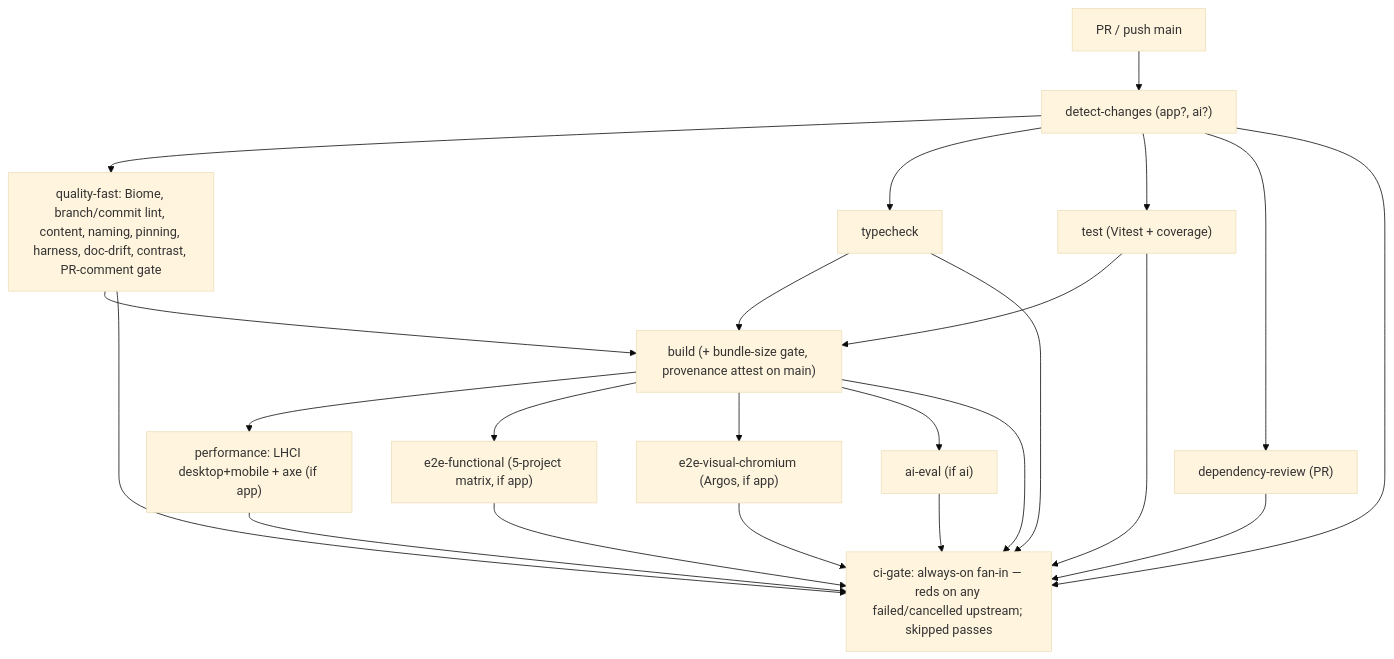
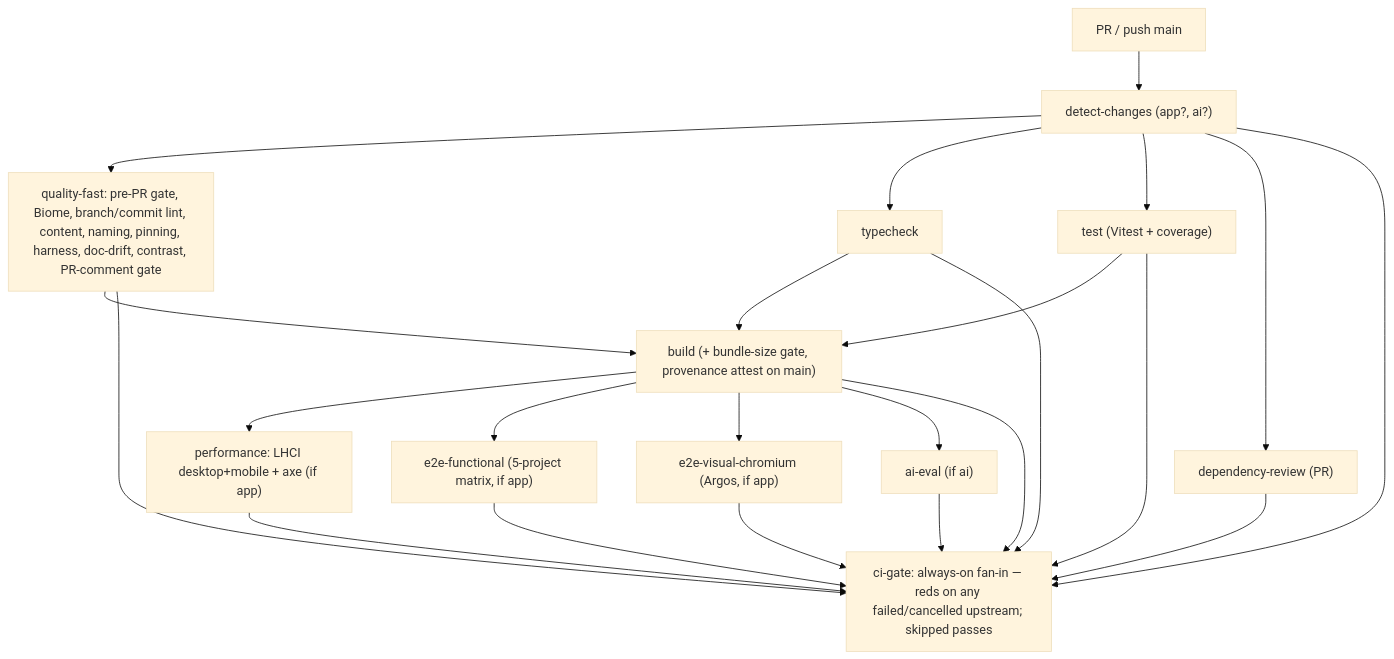
Before and after one commit to erikunha/portfolio: the second of 2 diagrams in docs/07-workflows.md, drawn with Mermaid (base theme). The commit also changed other lines of this file and 10 other files, not shown here.

First line of the commit message:
ci(pre-pr): add the pre-pr quality gate

````diff
--- a/docs/07-workflows.md
+++ b/docs/07-workflows.md
@@ -73,26 +74,26 @@
 ```mermaid
 flowchart TD
     pr["PR / push main"] --> dc["detect-changes (app?, ai?)"]
-    dc --> qf["quality-fast: Biome, branch/commit lint, content, naming, pinning, harness, doc-drift, contrast, PR-comment gate"]
+    dc --> qf["quality-fast: pre-PR gate, Biome, branch/commit lint, content, naming, pinning, harness, doc-drift, contrast, PR-comment gate"]
     dc --> tc["typecheck"]
     dc --> t["test (Vitest + coverage)"]
     dc --> dr["dependency-review (PR)"]
     qf --> b["build (+ bundle-size gate, provenance attest on main)"]
     tc --> b
     t --> b
     b --> perf["performance: LHCI desktop+mobile + axe (if app)"]
     b --> e2e["e2e-functional (5-project matrix, if app)"]
     b --> vis["e2e-visual-chromium (Argos, if app)"]
     b --> ev["ai-eval (if ai)"]
     dc --> gate
     qf --> gate
     tc --> gate
     t --> gate
     dr --> gate
     b --> gate
     perf --> gate
     e2e --> gate
     vis --> gate
     ev --> gate
     gate["ci-gate: always-on fan-in — reds on any failed/cancelled upstream; skipped passes"]
 ```
````
